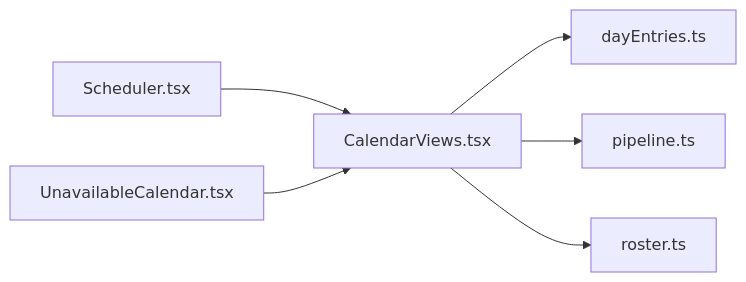
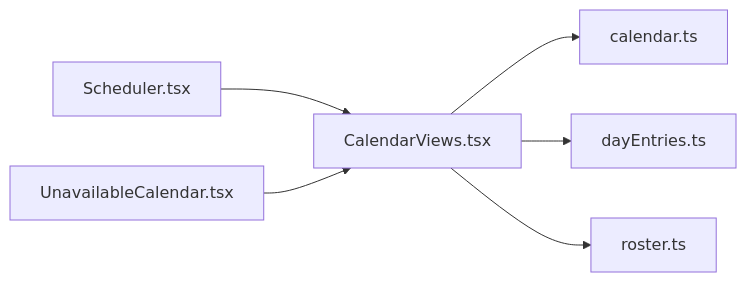
One commit to minkong-dev/Banblit changed the diagram in .cluedoc/graph/frontend/src/components/CalendarViews.md. Above: the diagram before and after it, drawn with Mermaid. The commit also changed other lines of this file and 56 other files, not shown here.

Commit message:
frontend: import pure lib functions from their own files instead of through pipeline

````diff
--- a/.cluedoc/graph/frontend/src/components/CalendarViews.md
+++ b/.cluedoc/graph/frontend/src/components/CalendarViews.md
@@ -10,9 +10,9 @@
 ```mermaid
 flowchart LR
   frontend_src_components_CalendarViews["CalendarViews.tsx"]
+  frontend_src_components_CalendarViews --> frontend_src_lib_calendar["calendar.ts"]
   frontend_src_components_CalendarViews --> frontend_src_lib_dayEntries["dayEntries.ts"]
-  frontend_src_components_CalendarViews --> frontend_src_lib_pipeline["pipeline.ts"]
   frontend_src_components_CalendarViews --> frontend_src_lib_roster["roster.ts"]
   frontend_src_routes_Scheduler["Scheduler.tsx"] --> frontend_src_components_CalendarViews
   frontend_src_routes_UnavailableCalendar["UnavailableCalendar.tsx"] --> frontend_src_components_CalendarViews
 ```
````
